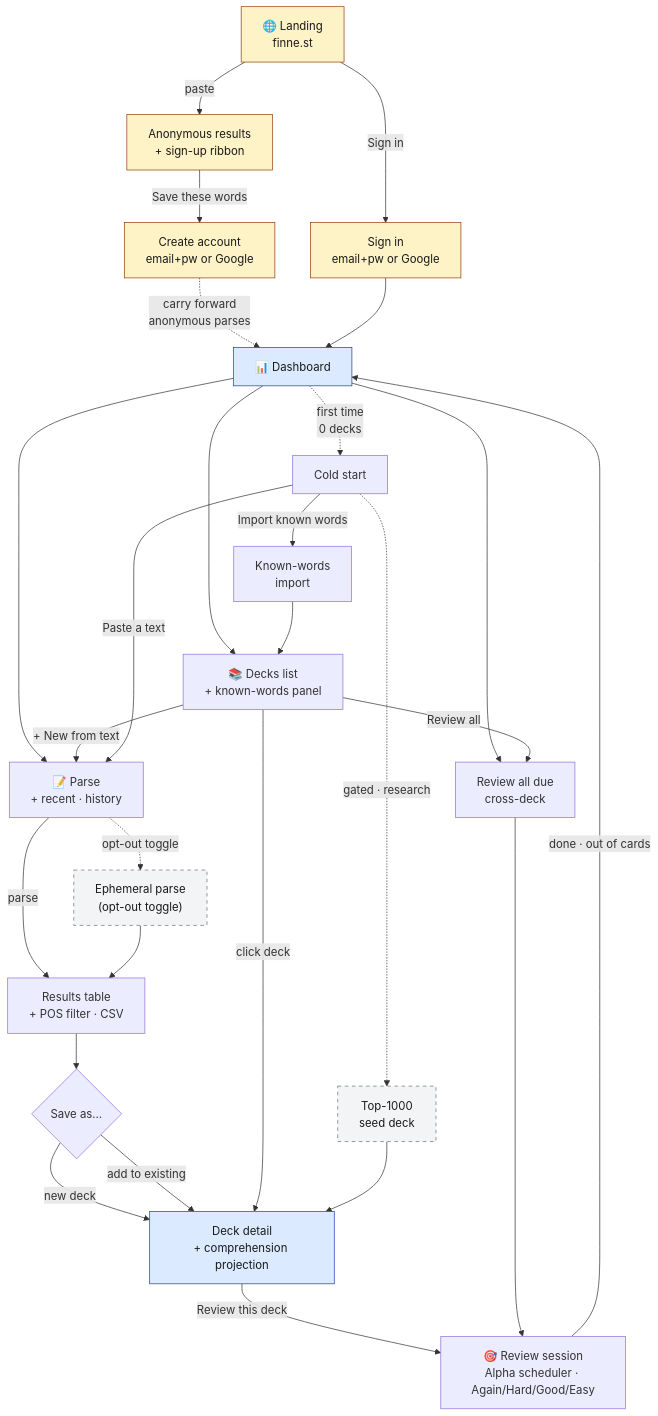
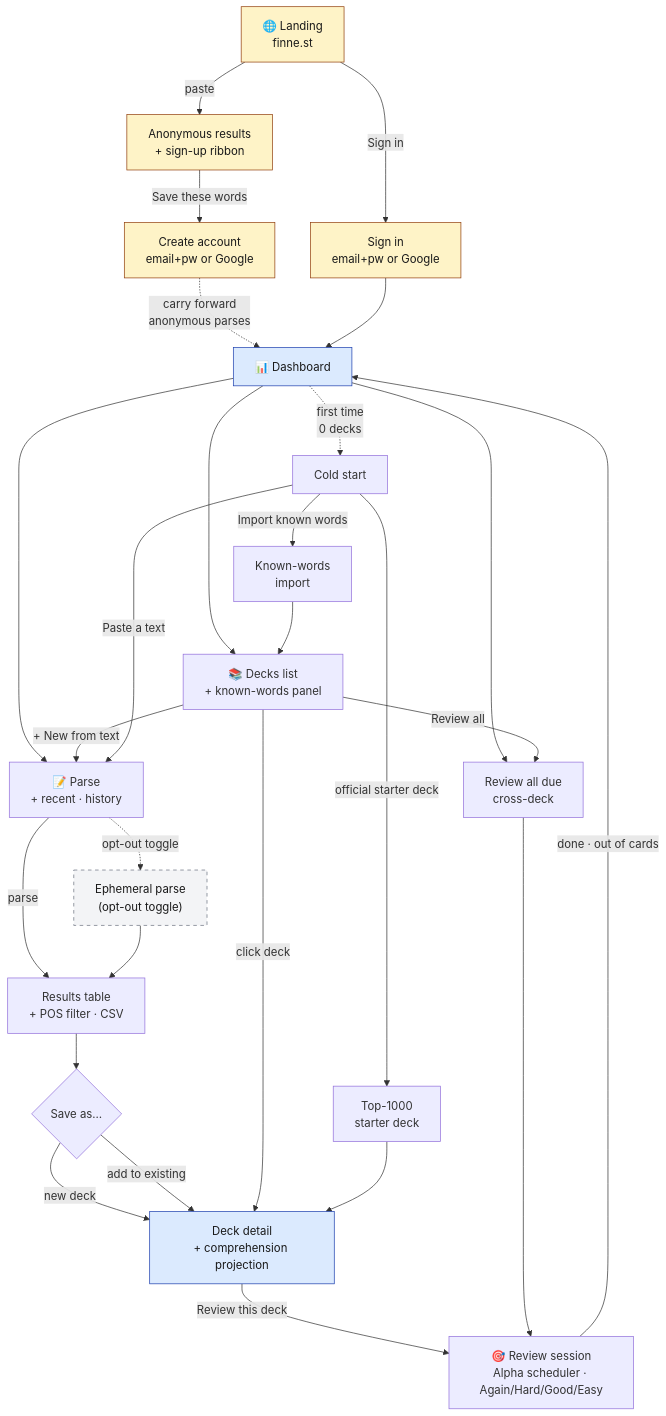
Before and after one commit to sagarinbabel/finnestdb: the first of 2 diagrams in docs/USER_FLOWS.md, drawn with Mermaid. The commit also changed other lines of this file and 2 other files, not shown here.

````diff
--- a/docs/USER_FLOWS.md
+++ b/docs/USER_FLOWS.md
@@ -29,61 +29,61 @@
 ```mermaid
 flowchart TD
     %% ===== Anonymous =====
     L["🌐 Landing<br/>finne.st"]
     AR["Anonymous results<br/>+ sign-up ribbon"]
     SU["Create account<br/>email+pw or Google"]
     SI["Sign in<br/>email+pw or Google"]
 
     L -->|"paste"| AR
     L -->|"Sign in"| SI
     AR -->|"Save these words"| SU
 
     %% ===== Auth bridge =====
     SU -.->|"carry forward<br/>anonymous parses"| D
     SI --> D
 
     %% ===== Signed-in main loop =====
     D["📊 Dashboard"]
     P["📝 Parse<br/>+ recent · history"]
     EPH["Ephemeral parse<br/>(opt-out toggle)"]
     R["Results table<br/>+ POS filter · CSV"]
     SP{"Save as…"}
     DL["📚 Decks list<br/>+ known-words panel"]
     DD["Deck detail<br/>+ comprehension projection"]
     REV["🎯 Review session<br/>Alpha scheduler · Again/Hard/Good/Easy"]
     REVALL["Review all due<br/>cross-deck"]
 
     D --> P
     D --> DL
     D --> REVALL
 
     P -->|"parse"| R
     P -.->|"opt-out toggle"| EPH
     EPH --> R
     R --> SP
     SP -->|"new deck"| DD
     SP -->|"add to existing"| DD
 
     DL -->|"click deck"| DD
     DL -->|"+ New from text"| P
     DL -->|"Review all"| REVALL
     DD -->|"Review this deck"| REV
     REVALL --> REV
     REV -->|"done · out of cards"| D
 
     %% ===== Cold start =====
     D -.->|"first time<br/>0 decks"| CS["Cold start"]
     CS -->|"Paste a text"| P
     CS -->|"Import known words"| KW["Known-words<br/>import"]
-    CS -.->|"gated · research"| TOP["Top-1000<br/>seed deck"]
+    CS -->|"official starter deck"| TOP["Top-1000<br/>starter deck"]
     KW --> DL
     TOP --> DD
 
     %% ===== Styling =====
     classDef anon fill:#fef3c7,stroke:#92400e,color:#1a1a1a
     classDef gated fill:#f3f4f6,stroke:#6b7280,stroke-dasharray:5 5,color:#1a1a1a
     classDef hub fill:#dbeafe,stroke:#1e40af,color:#1a1a1a
     class L,AR,SU,SI anon
-    class TOP,EPH gated
+    class EPH gated
     class D,DD hub
 ```
````
